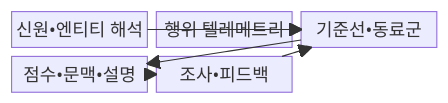
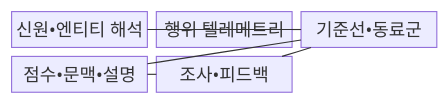
One commit to agnusdei1207/knowledge-base changed the first of 2 diagrams in src/content/docs/notes/05-security/038_ueba.md. Above: the diagram before and after it, drawn with Mermaid. The commit also changed other lines of this file and 493 other files, not shown here.

````diff
--- a/src/content/docs/notes/05-security/038_ueba.md
+++ b/src/content/docs/notes/05-security/038_ueba.md
@@ -67,14 +67,14 @@
 ```mermaid
-block
+block-beta
   columns 3
   A["신원•엔티티 해석"]
   B["행위 텔레메트리"]
   C["기준선•동료군"]
   D["점수•문맥•설명"]
   E["조사•피드백"]
-  A --> C
-  B --> C
-  C --> D
-  D --> E
-  E --> C
+  A --- C
+  B --- C
+  C --- D
+  D --- E
+  E --- C
 ```
````
